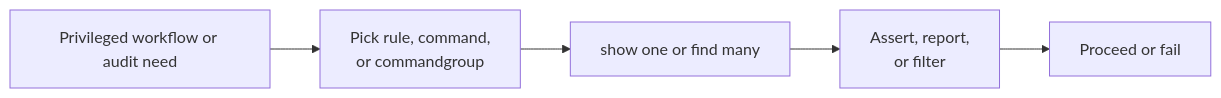
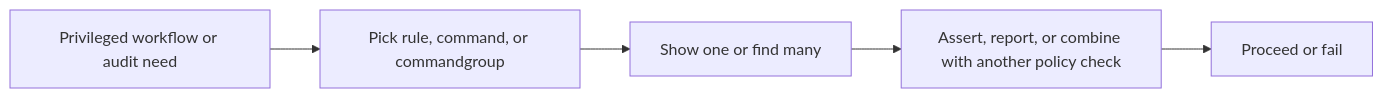
Before and after one commit to gprocunier/eigenstate-ipa: the diagram in docs/sudo-use-cases.md, drawn with Mermaid. The commit also changed other lines of this file and 15 other files, not shown here.

````diff
--- a/docs/sudo-use-cases.md
+++ b/docs/sudo-use-cases.md
@@ -35,10 +38,10 @@
 ```mermaid
 flowchart LR
     need["Privileged workflow or audit need"]
-    type["Pick rule, command,\nor commandgroup"]
-    lookup["show one or find many"]
-    gate["Assert, report,\nor filter"]
+    type["Pick rule, command, or commandgroup"]
+    lookup["Show one or find many"]
+    gate["Assert, report, or combine with another policy check"]
     act["Proceed or fail"]
 
     need --> type --> lookup --> gate --> act
 ```
````
